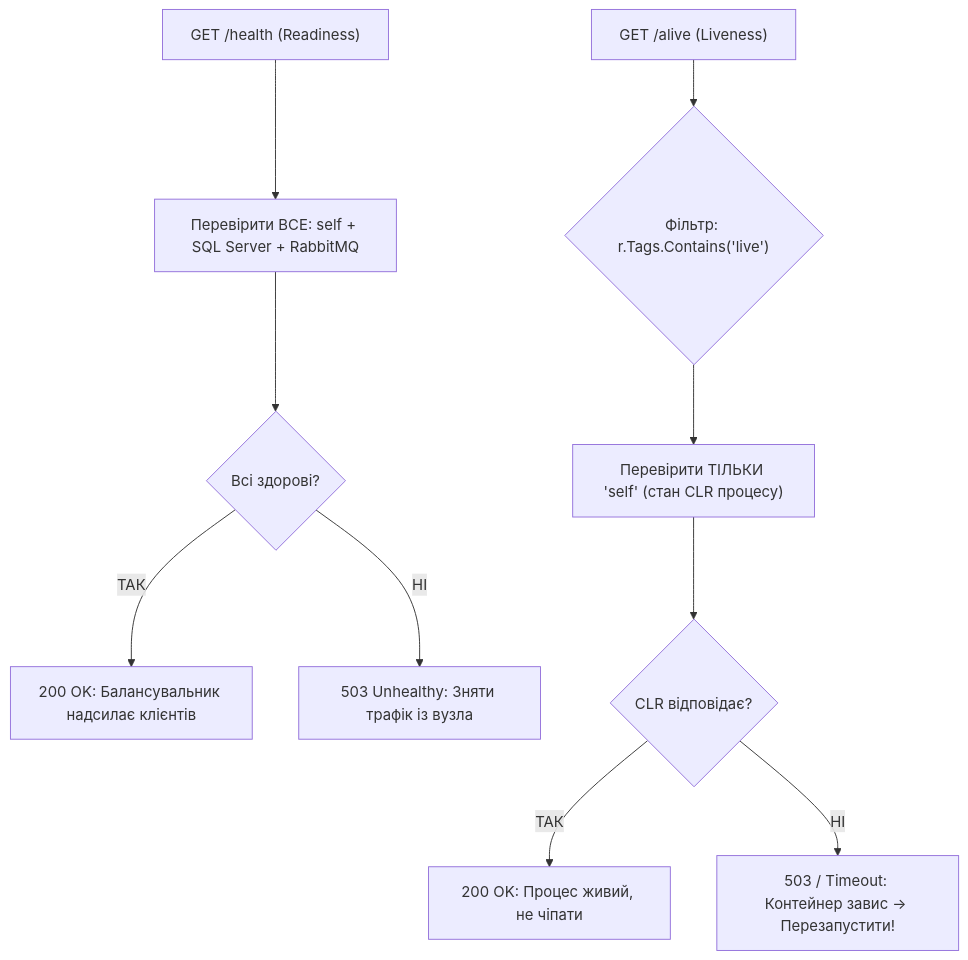
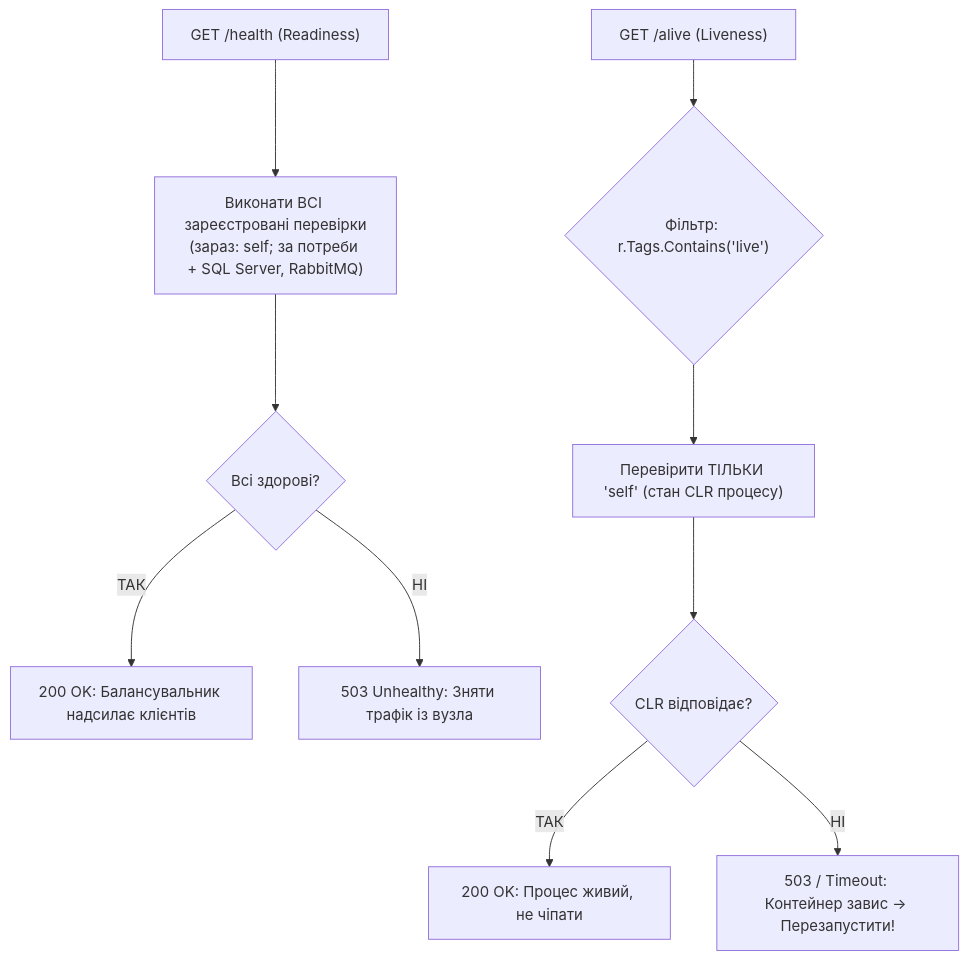
The fourth of 4 diagrams in 02-Microservices-Craftsman/02-01-Aspire-Documentation/02_ServiceDefaults_Architecture_And_Parameters.md (MrTomkaYurii/Demo-CargoDeliveryService), drawn with Mermaid before and after one commit. The commit also changed other lines of this file and 227 other files, not shown here.

````diff
--- a/02-Microservices-Craftsman/02-01-Aspire-Documentation/02_ServiceDefaults_Architecture_And_Parameters.md
+++ b/02-Microservices-Craftsman/02-01-Aspire-Documentation/02_ServiceDefaults_Architecture_And_Parameters.md
@@ -295,13 +343,13 @@
 ```mermaid
 flowchart TD
-    ReqHealth["GET /health (Readiness)"] --> AllChecks["Перевірити ВСЕ: self + SQL Server + RabbitMQ"]
+    ReqHealth["GET /health (Readiness)"] --> AllChecks["Виконати ВСІ зареєстровані перевірки<br/>(зараз: self; за потреби + SQL Server, RabbitMQ)"]
     AllChecks --> HealthResp{"Всі здорові?"}
     HealthResp -->|ТАК| H_OK["200 OK: Балансувальник надсилає клієнтів"]
     HealthResp -->|НІ| H_503["503 Unhealthy: Зняти трафік із вузла"]
 
     ReqAlive["GET /alive (Liveness)"] --> Predicate{"Фільтр: r.Tags.Contains('live')"}
     Predicate --> SelfOnly["Перевірити ТІЛЬКИ 'self' (стан CLR процесу)"]
     SelfOnly --> AliveResp{"CLR відповідає?"}
     AliveResp -->|ТАК| A_OK["200 OK: Процес живий, не чіпати"]
     AliveResp -->|НІ| A_Dead["503 / Timeout: Контейнер завис -> Перезапустити!"]
 ```
````
